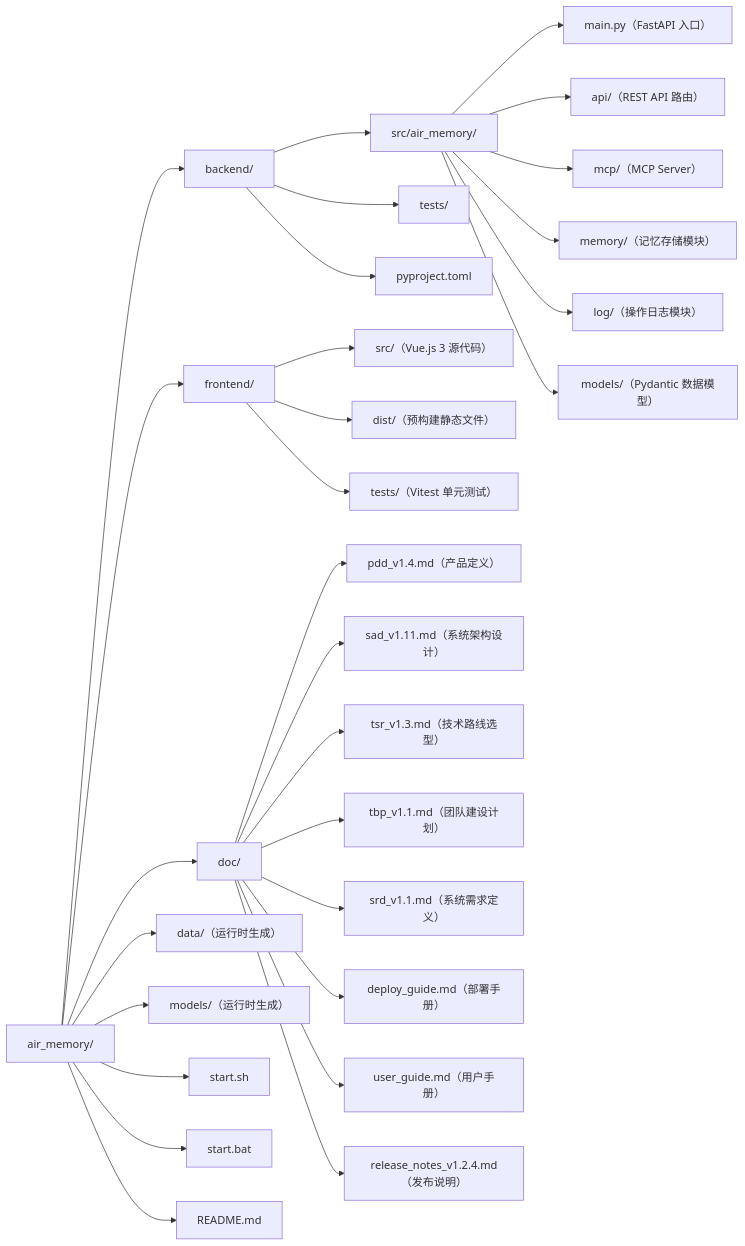
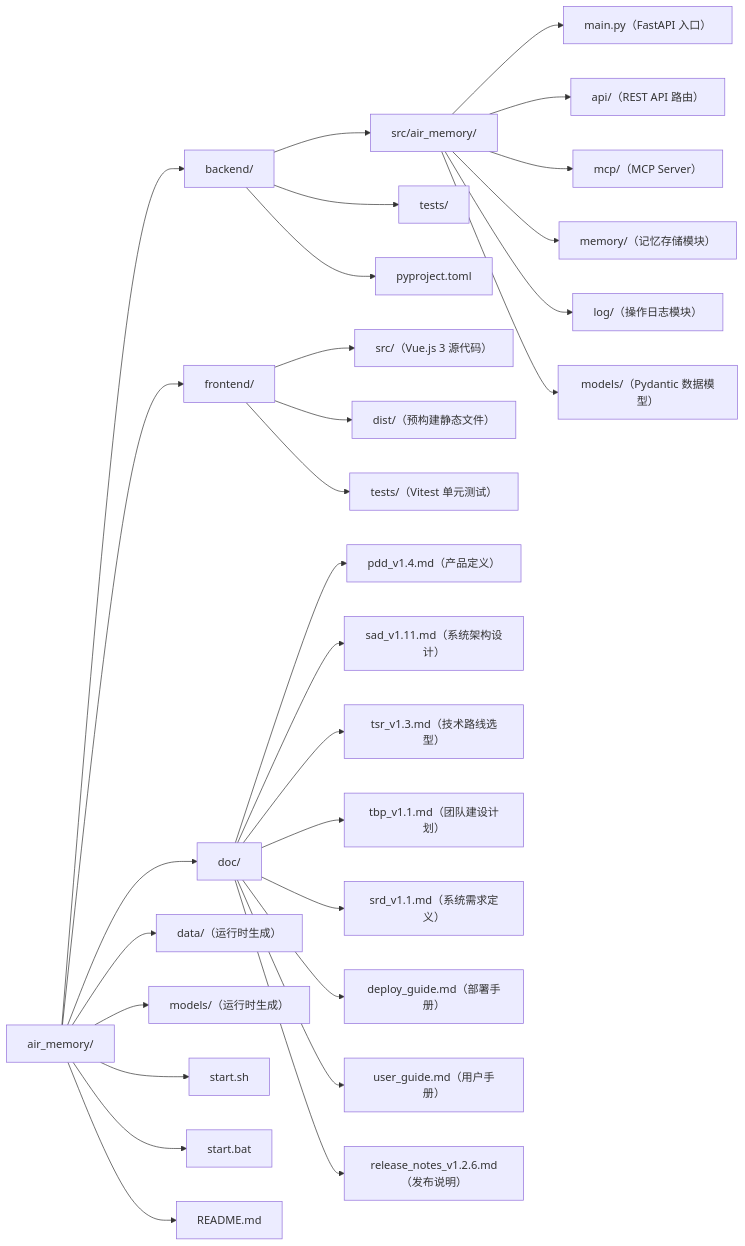
One commit to SevenLv/air_memory changed the diagram in README.md. Above: the diagram before and after it, drawn with Mermaid. The commit also changed other lines of this file and 3 other files, not shown here.

````diff
--- a/README.md
+++ b/README.md
@@ -50,37 +50,37 @@
 ```mermaid
 graph LR
     ROOT["air_memory/"]
 
     ROOT --> BACKEND["backend/"]
     ROOT --> FRONTEND["frontend/"]
     ROOT --> DOC["doc/"]
     ROOT --> DATA["data/（运行时生成）"]
     ROOT --> MODELS["models/（运行时生成）"]
     ROOT --> START_SH["start.sh"]
     ROOT --> START_BAT["start.bat"]
     ROOT --> README["README.md"]
 
     BACKEND --> BE_SRC["src/air_memory/"]
     BACKEND --> BE_TESTS["tests/"]
     BACKEND --> BE_PYPROJECT["pyproject.toml"]
 
     BE_SRC --> BE_MAIN["main.py（FastAPI 入口）"]
     BE_SRC --> BE_API["api/（REST API 路由）"]
     BE_SRC --> BE_MCP["mcp/（MCP Server）"]
     BE_SRC --> BE_MEM["memory/（记忆存储模块）"]
     BE_SRC --> BE_LOG["log/（操作日志模块）"]
     BE_SRC --> BE_MODELS["models/（Pydantic 数据模型）"]
 
     FRONTEND --> FE_SRC["src/（Vue.js 3 源代码）"]
     FRONTEND --> FE_DIST["dist/（预构建静态文件）"]
     FRONTEND --> FE_TESTS["tests/（Vitest 单元测试）"]
 
     DOC --> D1["pdd_v1.4.md（产品定义）"]
     DOC --> D2["sad_v1.11.md（系统架构设计）"]
     DOC --> D3["tsr_v1.3.md（技术路线选型）"]
     DOC --> D4["tbp_v1.1.md（团队建设计划）"]
     DOC --> D5["srd_v1.1.md（系统需求定义）"]
     DOC --> D6["deploy_guide.md（部署手册）"]
     DOC --> D7["user_guide.md（用户手册）"]
-    DOC --> D8["release_notes_v1.2.4.md（发布说明）"]
+    DOC --> D8["release_notes_v1.2.6.md（发布说明）"]
 ```
````
